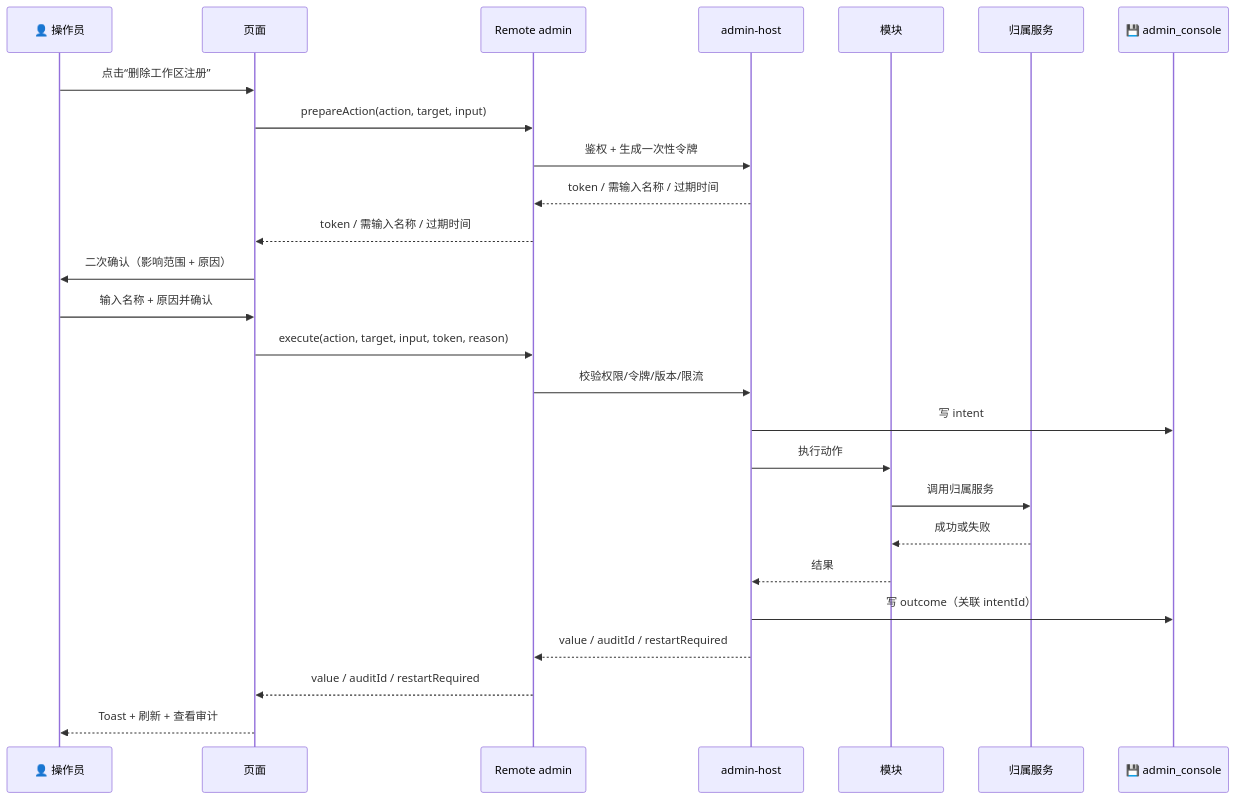
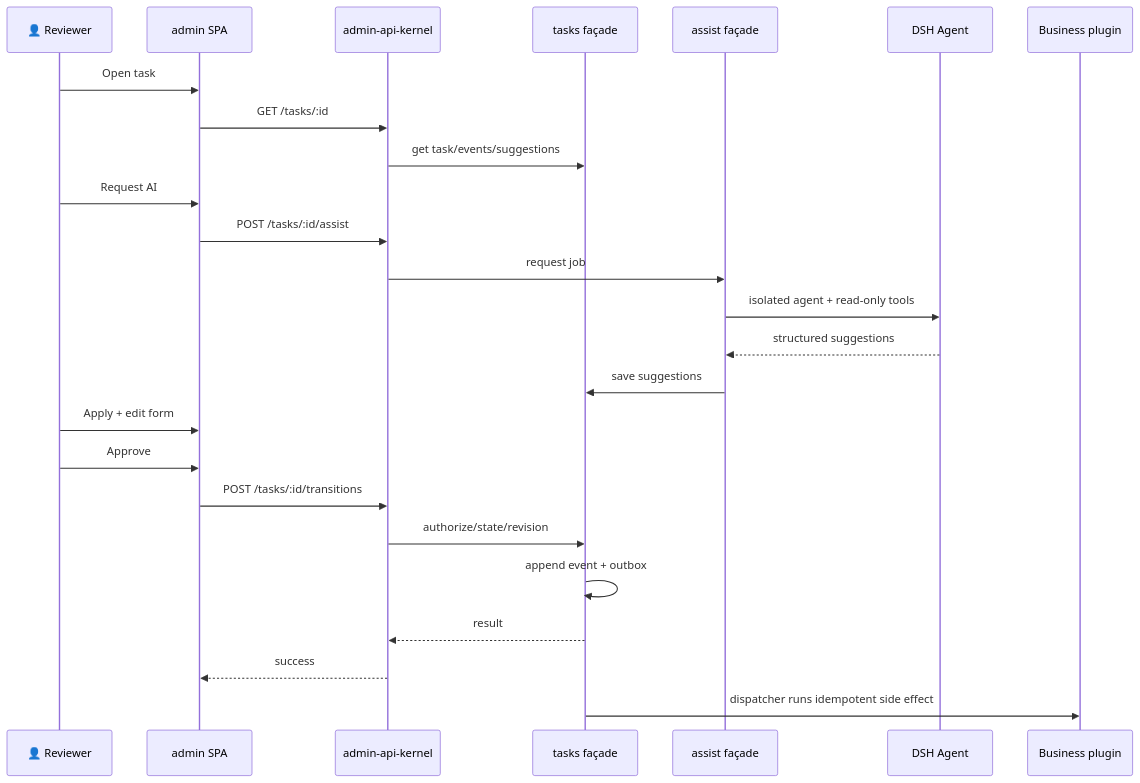
Before and after one commit to waixiaowai/veren: the third of 3 diagrams in docs/admin-system-design.cn.md, drawn with Mermaid. The commit also changed other lines of this file and 21 other files, not shown here.

First line of the commit message:
feat(docs): update DSH Admin Console design documentation and add vitest configurations

````diff
--- a/docs/admin-system-design.cn.md
+++ b/docs/admin-system-design.cn.md
@@ -745,29 +683,28 @@
 ```mermaid
 sequenceDiagram
-  participant Op as 👤 操作员
-  participant Page as 页面
-  participant R as Remote admin
-  participant Core as admin-host
-  participant Mod as 模块
-  participant Svc as 归属服务
-  participant Audit as 💾 admin_console
+  participant U as 👤 Reviewer
+  participant SPA as admin SPA
+  participant API as admin-api-kernel
+  participant Tasks as tasks façade
+  participant Assist as assist façade
+  participant DSH as DSH Agent
+  participant Biz as Business plugin
 
-  Op->>Page: 点击“删除工作区注册”
-  Page->>R: prepareAction(action, target, input)
-  R->>Core: 鉴权 + 生成一次性令牌
-  Core-->>R: token / 需输入名称 / 过期时间
-  R-->>Page: token / 需输入名称 / 过期时间
-  Page->>Op: 二次确认（影响范围 + 原因）
-  Op->>Page: 输入名称 + 原因并确认
-  Page->>R: execute(action, target, input, token, reason)
-  R->>Core: 校验权限/令牌/版本/限流
-  Core->>Audit: 写 intent
-  Core->>Mod: 执行动作
-  Mod->>Svc: 调用归属服务
-  Svc-->>Mod: 成功或失败
-  Mod-->>Core: 结果
-  Core->>Audit: 写 outcome（关联 intentId）
-  Core-->>R: value / auditId / restartRequired
-  R-->>Page: value / auditId / restartRequired
-  Page-->>Op: Toast + 刷新 + 查看审计
+  U->>SPA: Open task
+  SPA->>API: GET /tasks/:id
+  API->>Tasks: get task/events/suggestions
+  U->>SPA: Request AI
+  SPA->>API: POST /tasks/:id/assist
+  API->>Assist: request job
+  Assist->>DSH: isolated agent + read-only tools
+  DSH-->>Assist: structured suggestions
+  Assist->>Tasks: save suggestions
+  U->>SPA: Apply + edit form
+  U->>SPA: Approve
+  SPA->>API: POST /tasks/:id/transitions
+  API->>Tasks: authorize/state/revision
+  Tasks->>Tasks: append event + outbox
+  Tasks-->>API: result
+  API-->>SPA: success
+  Tasks->>Biz: dispatcher runs idempotent side effect
 ```
````
